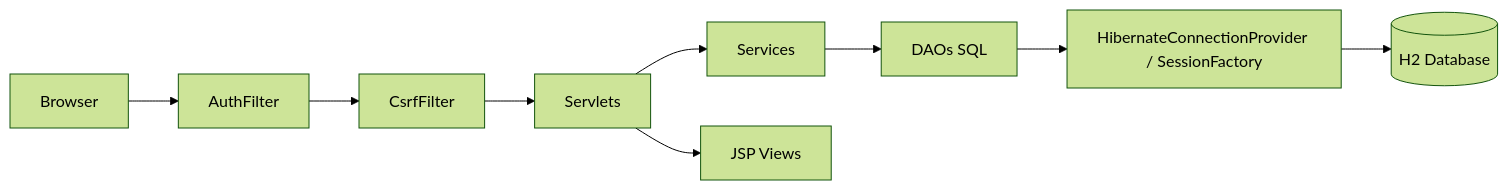
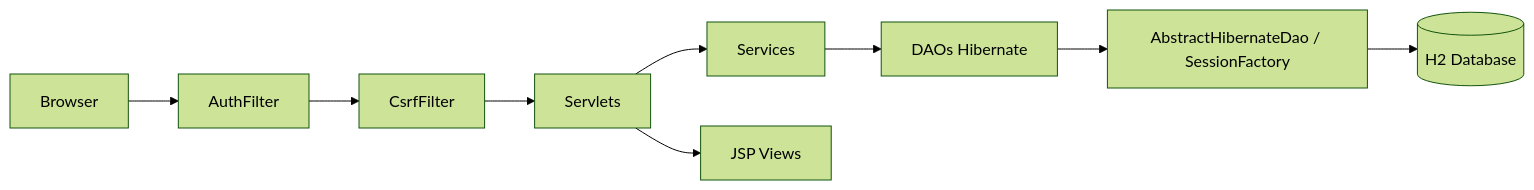
Before and after one commit to KrystianYCSilva/min-java6-webapp: the diagram in docs/ARCHITECTURE.md, drawn with Mermaid (forest theme). The commit also changed other lines of this file and 38 other files, not shown here.

````diff
--- a/docs/ARCHITECTURE.md
+++ b/docs/ARCHITECTURE.md
@@ -25,11 +25,11 @@
 ```mermaid
 flowchart LR
     A[Browser] --> B[AuthFilter]
     B --> C[CsrfFilter]
     C --> D[Servlets]
     D --> E[Services]
-    E --> F[DAOs SQL]
-    F --> I[HibernateConnectionProvider / SessionFactory]
+    E --> F[DAOs Hibernate]
+    F --> I[AbstractHibernateDao / SessionFactory]
     I --> G[(H2 Database)]
     D --> H[JSP Views]
 ```
````
